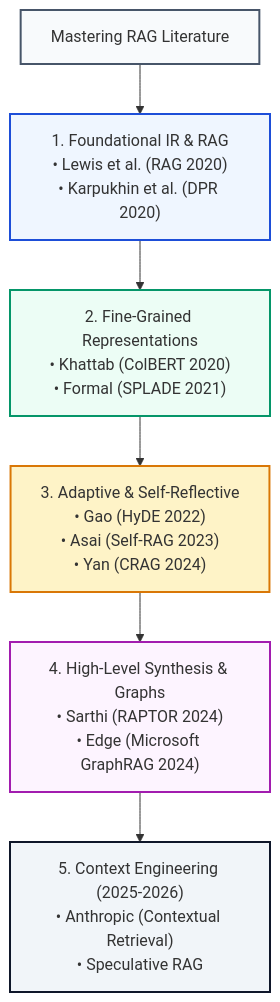
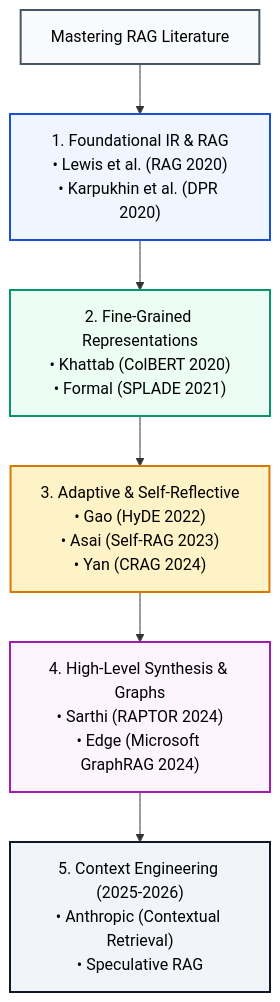
One commit to swapnil3104/RAG-Engineering changed the seventh of 7 diagrams in 12-Resources/Research-Papers.md. Above: the diagram before and after it, drawn with Mermaid. The commit also changed other lines of this file and 108 other files, not shown here.

Commit message:
fix: make chart text visible across all Mermaid diagrams and resolve markdown table formatting issues

````diff
--- a/12-Resources/Research-Papers.md
+++ b/12-Resources/Research-Papers.md
@@ -587,15 +587,15 @@
 ```mermaid
 flowchart TD
     Start["Mastering RAG Literature"] --> Core["1. Foundational IR & RAG<br/>• Lewis et al. (RAG 2020)<br/>• Karpukhin et al. (DPR 2020)"]
     Core --> FineGrained["2. Fine-Grained Representations<br/>• Khattab (ColBERT 2020)<br/>• Formal (SPLADE 2021)"]
     FineGrained --> Active["3. Adaptive & Self-Reflective<br/>• Gao (HyDE 2022)<br/>• Asai (Self-RAG 2023)<br/>• Yan (CRAG 2024)"]
     Active --> Structural["4. High-Level Synthesis & Graphs<br/>• Sarthi (RAPTOR 2024)<br/>• Edge (Microsoft GraphRAG 2024)"]
     Structural --> ModernContext["5. Context Engineering (2025-2026)<br/>• Anthropic (Contextual Retrieval)<br/>• Speculative RAG"]
 
-    style Start fill:#f8fafc,stroke:#475569,stroke-width:2px
-    style Core fill:#eff6ff,stroke:#1d4ed8,stroke-width:2px
-    style FineGrained fill:#ecfdf5,stroke:#059669,stroke-width:2px
-    style Active fill:#fef3c7,stroke:#d97706,stroke-width:2px
-    style Structural fill:#fdf4ff,stroke:#a21caf,stroke-width:2px
-    style ModernContext fill:#f1f5f9,stroke:#0f172a,stroke-width:2px
+    style Start fill:#f8fafc,stroke:#475569,stroke-width:2px,color:#000000
+    style Core fill:#eff6ff,stroke:#1d4ed8,stroke-width:2px,color:#000000
+    style FineGrained fill:#ecfdf5,stroke:#059669,stroke-width:2px,color:#000000
+    style Active fill:#fef3c7,stroke:#d97706,stroke-width:2px,color:#000000
+    style Structural fill:#fdf4ff,stroke:#a21caf,stroke-width:2px,color:#000000
+    style ModernContext fill:#f1f5f9,stroke:#0f172a,stroke-width:2px,color:#000000
 ```
````
